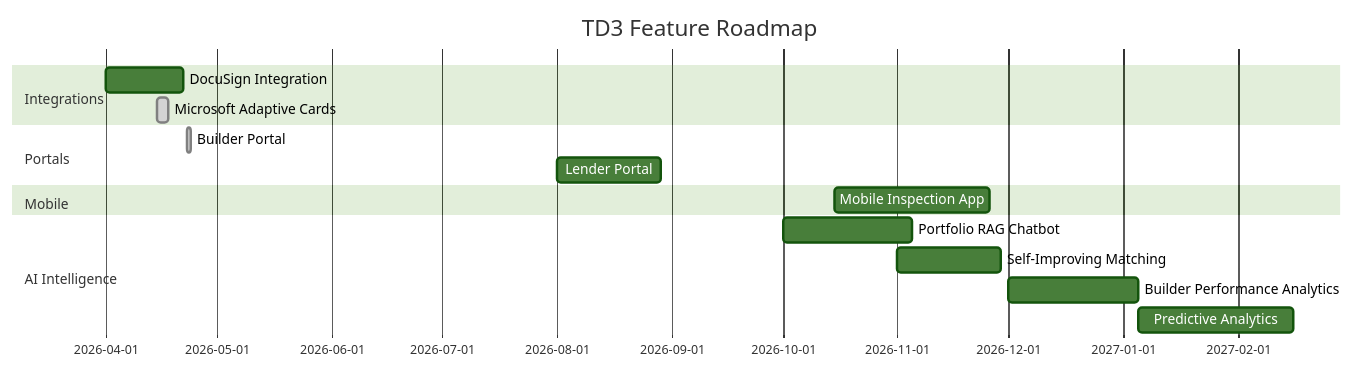
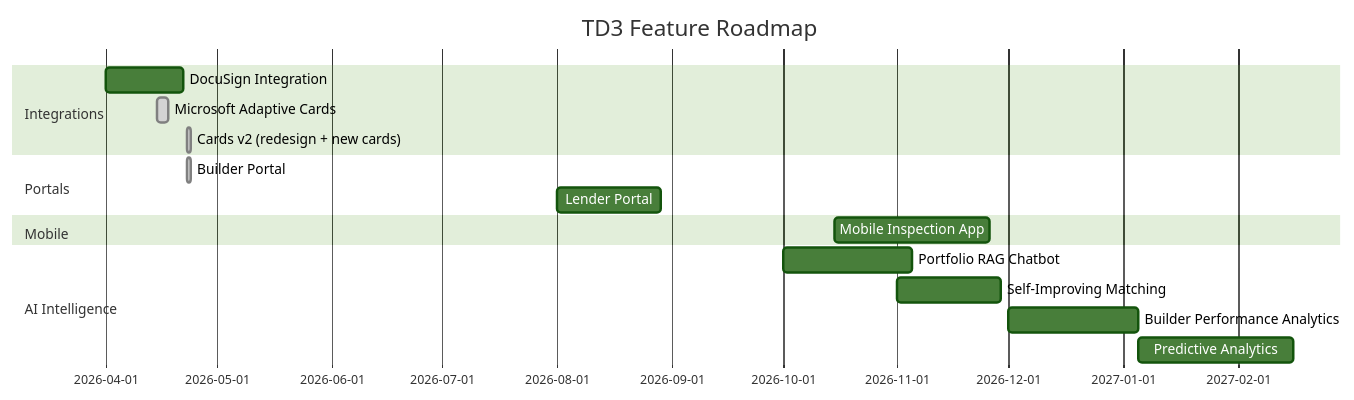
One commit to grysngrhm-tech/TD3-docs changed the second of 2 diagrams in docs/ROADMAP.md. Above: the diagram before and after it, drawn with Mermaid (forest theme). The commit also changed other lines of this file and 4 other files, not shown here.

````diff
--- a/docs/ROADMAP.md
+++ b/docs/ROADMAP.md
@@ -229,22 +249,23 @@
 ```mermaid
 gantt
     title TD3 Feature Roadmap
     dateFormat YYYY-MM-DD
 
     section Integrations
     DocuSign Integration           :docusign, 2026-04-01, 21d
     Microsoft Adaptive Cards       :done, cards, 2026-04-15, 3d
+    Cards v2 (redesign + new cards) :done, cardsv2, 2026-04-23, 1d
 
     section Portals
     Builder Portal                 :done, builder, 2026-04-23, 1d
     Lender Portal                  :lender, 2026-08-01, 28d
 
     section Mobile
     Mobile Inspection App          :mobile, 2026-10-15, 42d
 
     section AI Intelligence
     Portfolio RAG Chatbot          :rag, 2026-10-01, 35d
     Self-Improving Matching        :matching, 2026-11-01, 28d
     Builder Performance Analytics  :builder-perf, 2026-12-01, 35d
     Predictive Analytics           :predictive, 2027-01-05, 42d
 ```
````
